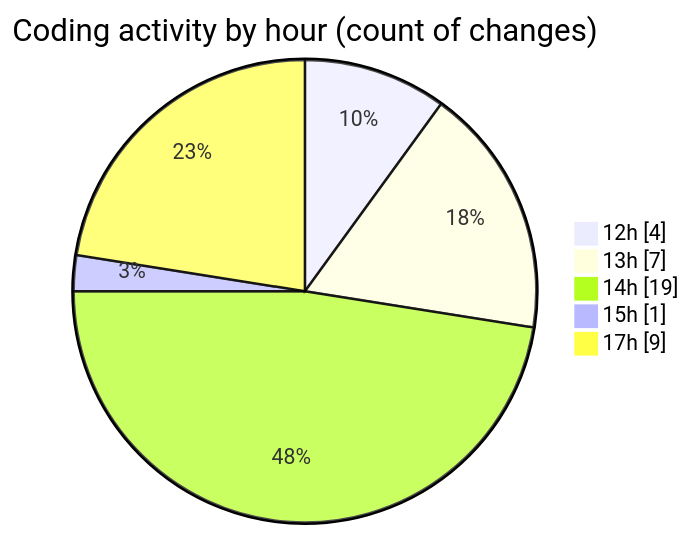
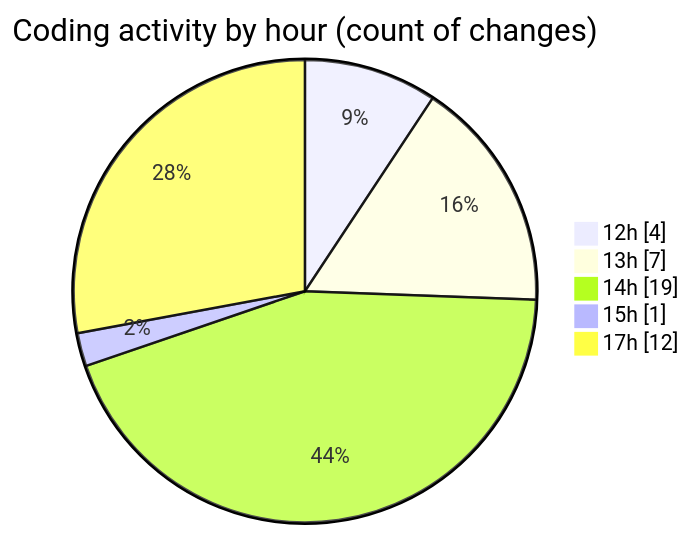
Before and after one commit to MatusMokan/code-tracking: the second of 2 diagrams in 2025-10-25/untitled__workspace_/README.md, drawn with Mermaid. The commit also changed other lines of this file and 1 other file, not shown here.

````diff
--- a/2025-10-25/untitled__workspace_/README.md
+++ b/2025-10-25/untitled__workspace_/README.md
@@ -30,9 +30,9 @@
 ```mermaid
 pie showData
 title Coding activity by hour (count of changes)
 "12h" : 4
 "13h" : 7
 "14h" : 19
 "15h" : 1
-"17h" : 9
+"17h" : 12
 ```
````
